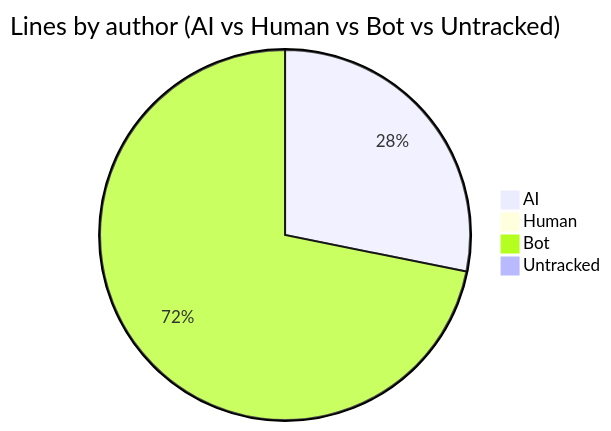
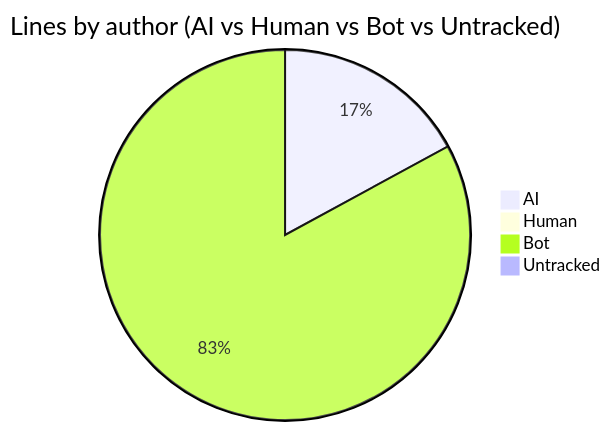
Before and after one commit to CaliMark/ai-authorship: the fourth of 7 diagrams in AI-AUTHORSHIP.md, drawn with Mermaid. The commit also changed other lines of this file and 1 other file, not shown here.

````diff
--- a/AI-AUTHORSHIP.md
+++ b/AI-AUTHORSHIP.md
@@ -77,7 +60,7 @@
 ```mermaid
 pie title Lines by author (AI vs Human vs Bot vs Untracked)
-    "AI" : 1186
+    "AI" : 636
     "Human" : 0
-    "Bot" : 3025
+    "Bot" : 3091
     "Untracked" : 0
 ```
````
